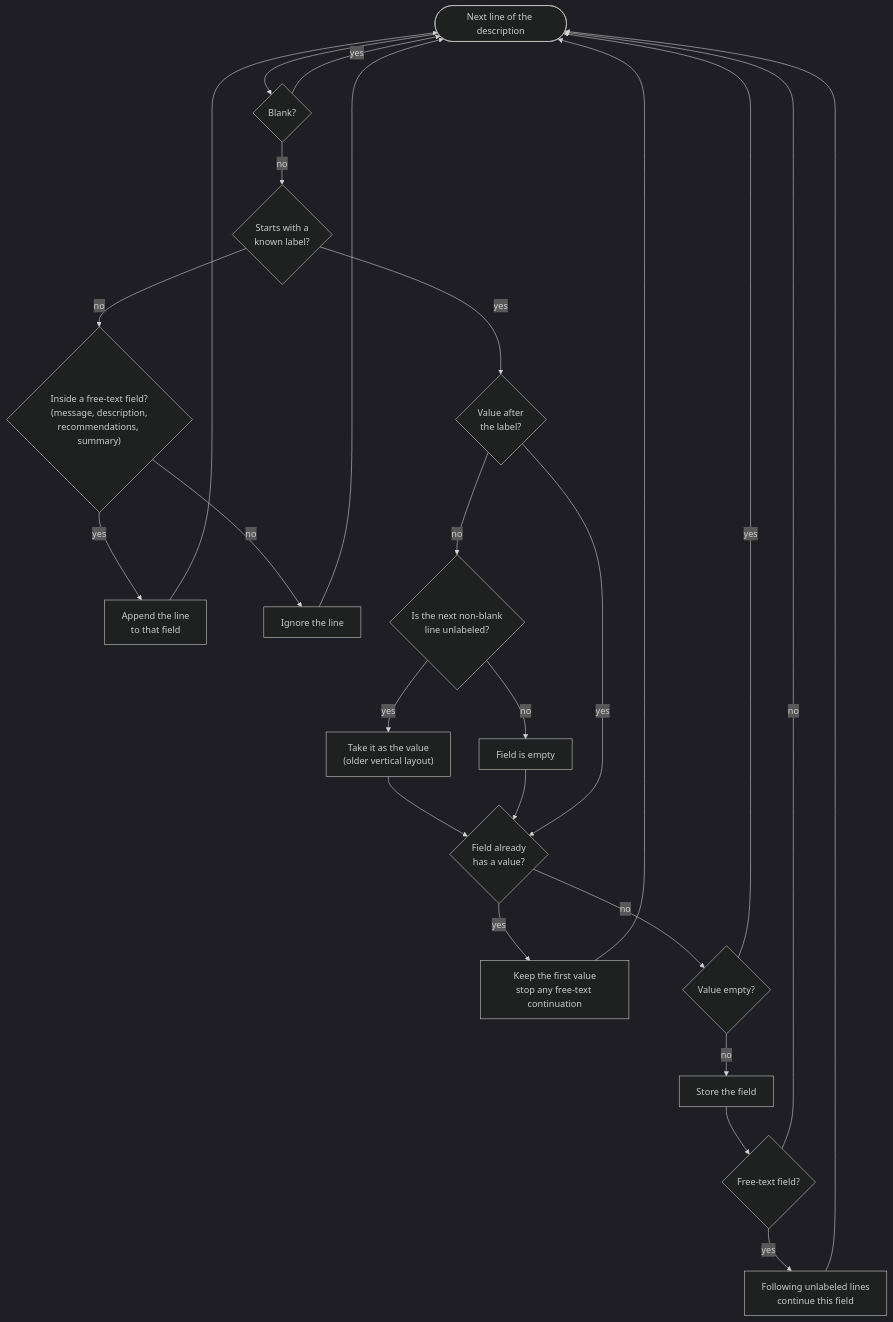
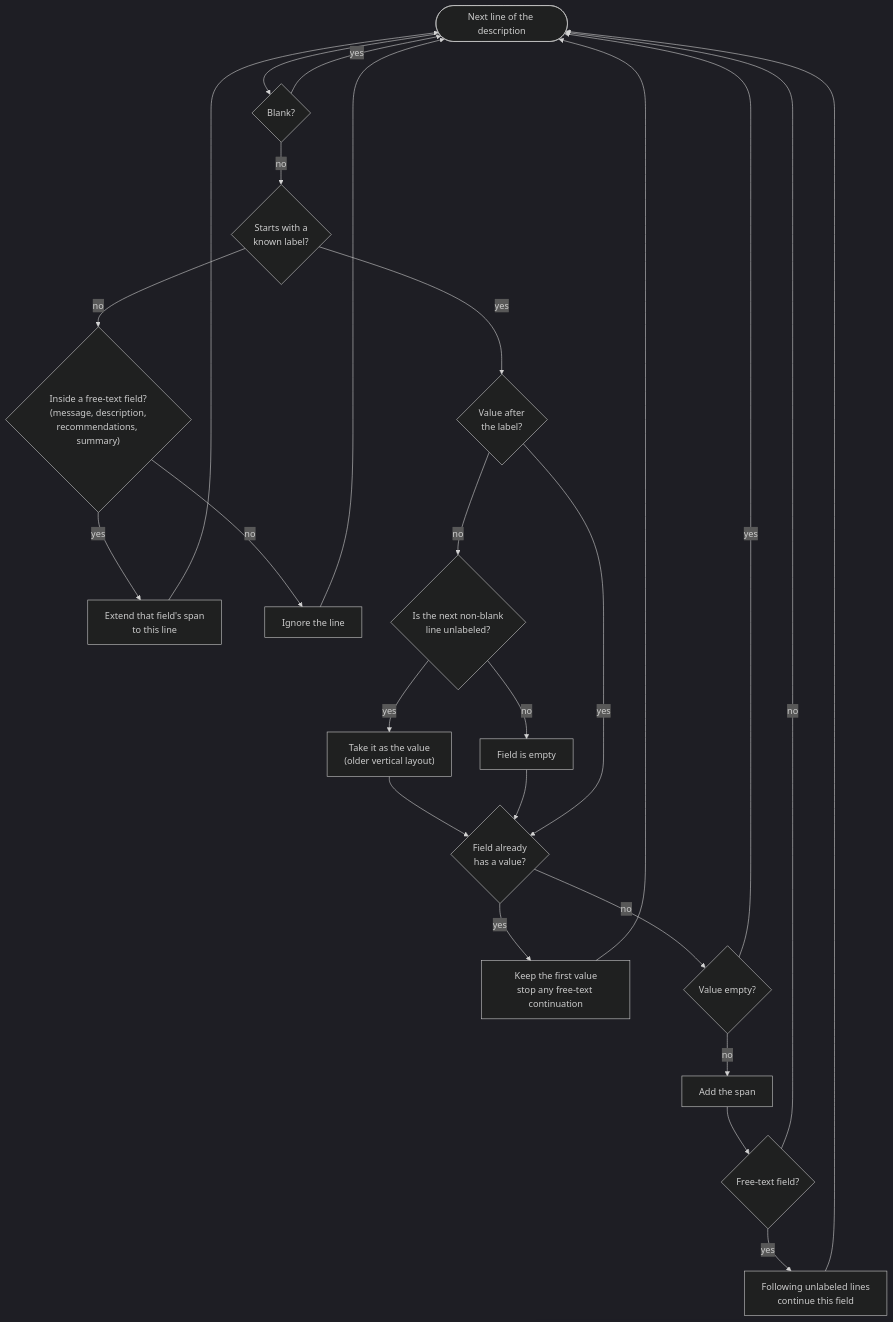
Before and after one commit to fd-rvingris/TicketNLP_API: the second of 2 diagrams in docs/alert-parser.md, drawn with Mermaid (dark theme). The commit also changed other lines of this file and 12 other files, not shown here.

````diff
--- a/docs/alert-parser.md
+++ b/docs/alert-parser.md
@@ -32,20 +76,20 @@
 ```mermaid
 flowchart TD
     S([Next line of the description]) --> E1{Blank?}
     E1 -- yes --> S
     E1 -- no --> L{Starts with a<br/>known label?}
     L -- no --> CT{"Inside a free-text field?<br/>(message, description,<br/>recommendations, summary)"}
-    CT -- yes --> AP[Append the line<br/>to that field] --> S
+    CT -- yes --> AP[Extend that field's span<br/>to this line] --> S
     CT -- no --> IG[Ignore the line] --> S
     L -- yes --> V{Value after<br/>the label?}
     V -- no --> NX{"Is the next non-blank<br/>line unlabeled?"}
     NX -- yes --> TK["Take it as the value<br/>(older vertical layout)"] --> DUP
     NX -- no --> EMPTY[Field is empty] --> DUP
     V -- yes --> DUP{Field already<br/>has a value?}
     DUP -- yes --> KEEP[Keep the first value<br/>stop any free-text continuation] --> S
     DUP -- no --> SET{Value empty?}
     SET -- yes --> S
-    SET -- no --> STORE[Store the field] --> FT{Free-text field?}
+    SET -- no --> STORE[Add the span] --> FT{Free-text field?}
     FT -- yes --> MARK[Following unlabeled lines<br/>continue this field] --> S
     FT -- no --> S
 ```
````
